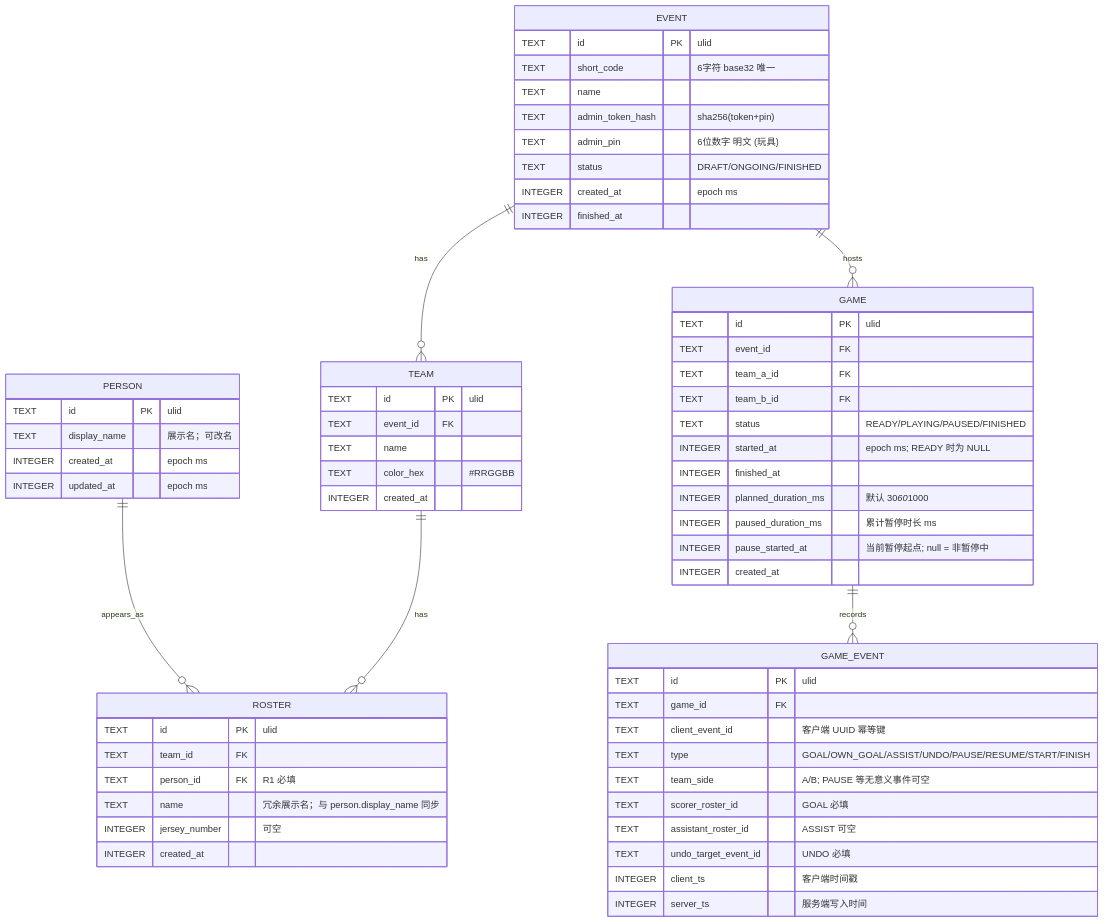
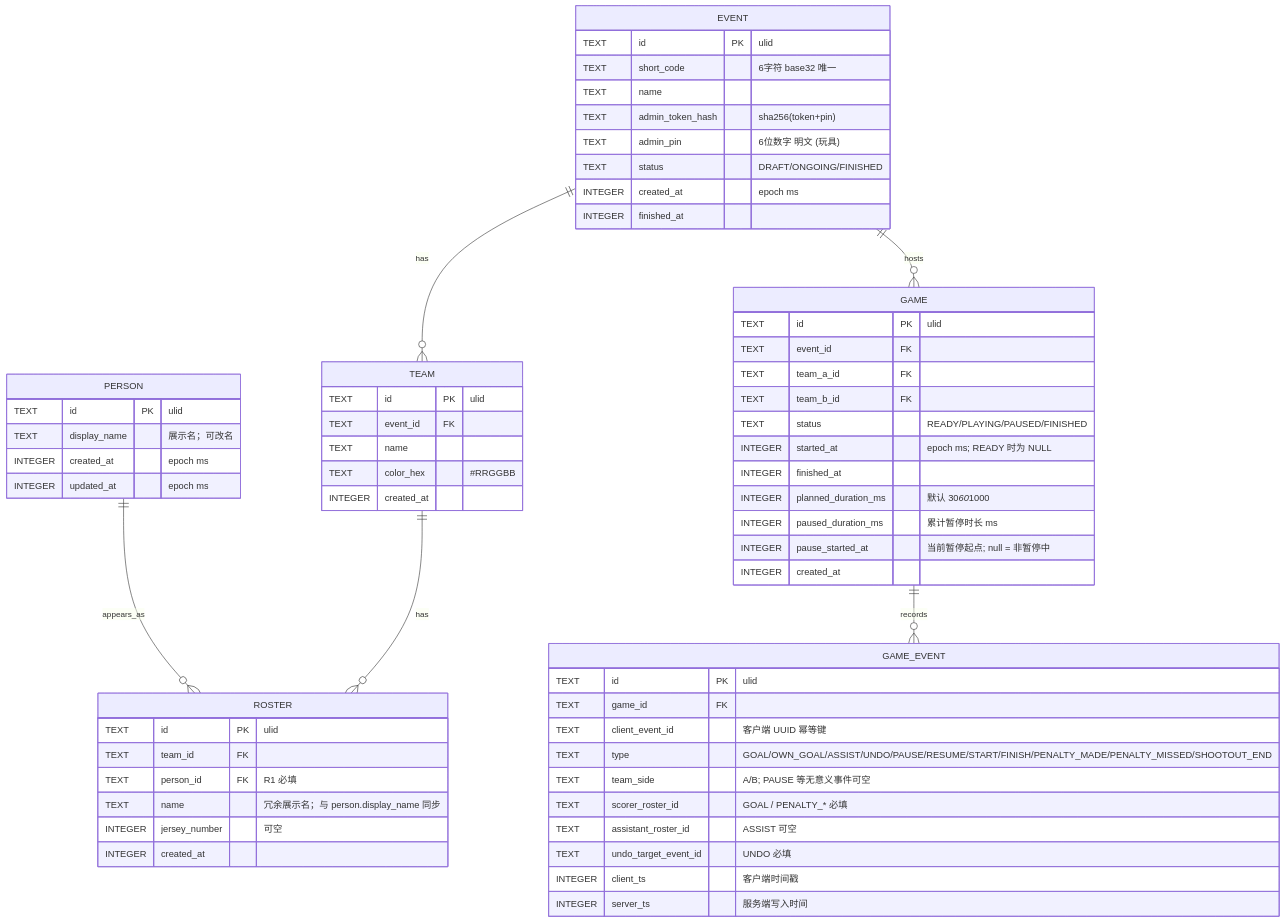
One commit to liveForExperience/pitch-master changed the diagram in docs/ARCHITECTURE_V2.md. Above: the diagram before and after it, drawn with Mermaid. The commit also changed other lines of this file and 30 other files, not shown here.

````diff
--- a/docs/ARCHITECTURE_V2.md
+++ b/docs/ARCHITECTURE_V2.md
@@ -140,65 +140,65 @@
 ```mermaid
 erDiagram
     PERSON ||--o{ ROSTER : appears_as
     EVENT ||--o{ TEAM : has
     EVENT ||--o{ GAME : hosts
     TEAM ||--o{ ROSTER : has
     GAME ||--o{ GAME_EVENT : records
 
     PERSON {
         TEXT id PK "ulid"
         TEXT display_name "展示名；可改名"
         INTEGER created_at "epoch ms"
         INTEGER updated_at "epoch ms"
     }
     EVENT {
         TEXT id PK "ulid"
         TEXT short_code "6字符 base32 唯一"
         TEXT name
         TEXT admin_token_hash "sha256(token+pin)"
         TEXT admin_pin "6位数字 明文 (玩具)"
         TEXT status "DRAFT/ONGOING/FINISHED"
         INTEGER created_at "epoch ms"
         INTEGER finished_at
     }
     TEAM {
         TEXT id PK "ulid"
         TEXT event_id FK
         TEXT name
         TEXT color_hex "#RRGGBB"
         INTEGER created_at
     }
     ROSTER {
         TEXT id PK "ulid"
         TEXT team_id FK
         TEXT person_id FK "R1 必填"
         TEXT name "冗余展示名；与 person.display_name 同步"
         INTEGER jersey_number "可空"
         INTEGER created_at
     }
     GAME {
         TEXT id PK "ulid"
         TEXT event_id FK
         TEXT team_a_id FK
         TEXT team_b_id FK
         TEXT status "READY/PLAYING/PAUSED/FINISHED"
         INTEGER started_at "epoch ms; READY 时为 NULL"
         INTEGER finished_at
         INTEGER planned_duration_ms "默认 30*60*1000"
         INTEGER paused_duration_ms "累计暂停时长 ms"
         INTEGER pause_started_at "当前暂停起点; null = 非暂停中"
         INTEGER created_at
     }
     GAME_EVENT {
         TEXT id PK "ulid"
         TEXT game_id FK
         TEXT client_event_id "客户端 UUID 幂等键"
-        TEXT type "GOAL/OWN_GOAL/ASSIST/UNDO/PAUSE/RESUME/START/FINISH"
+        TEXT type "GOAL/OWN_GOAL/ASSIST/UNDO/PAUSE/RESUME/START/FINISH/PENALTY_MADE/PENALTY_MISSED/SHOOTOUT_END"
         TEXT team_side "A/B; PAUSE 等无意义事件可空"
-        TEXT scorer_roster_id "GOAL 必填"
+        TEXT scorer_roster_id "GOAL / PENALTY_* 必填"
         TEXT assistant_roster_id "ASSIST 可空"
         TEXT undo_target_event_id "UNDO 必填"
         INTEGER client_ts "客户端时间戳"
         INTEGER server_ts "服务端写入时间"
     }
 ```
````
